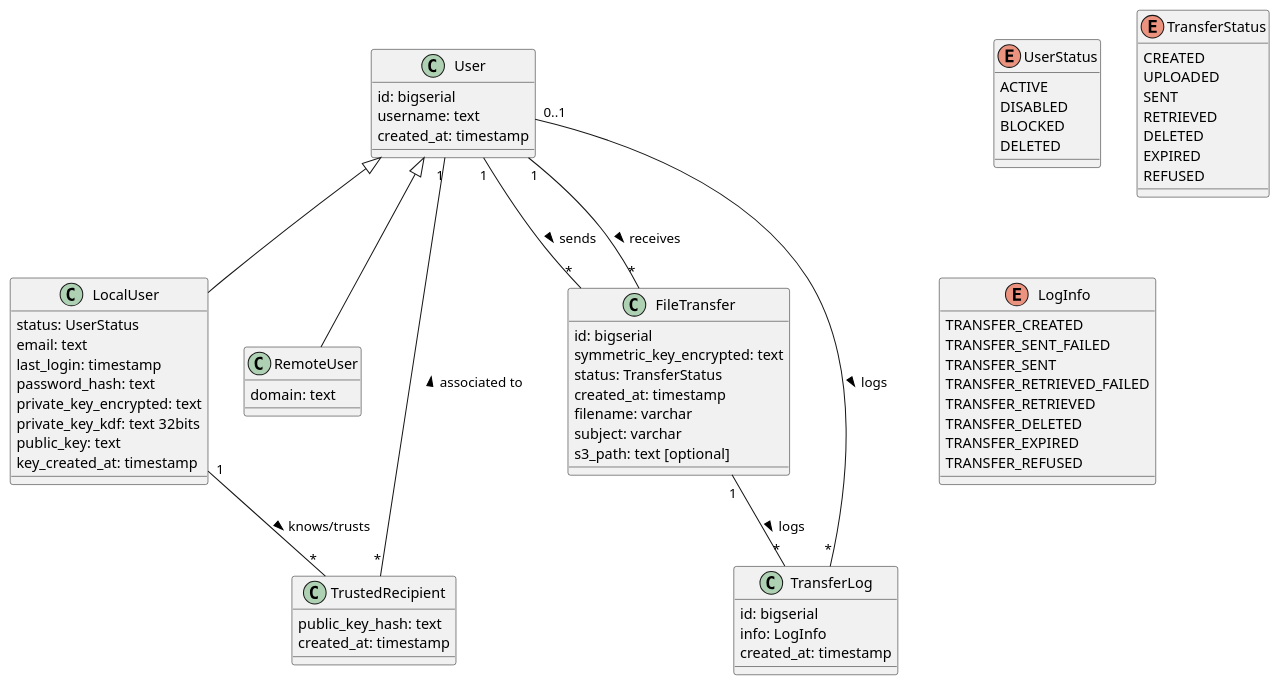
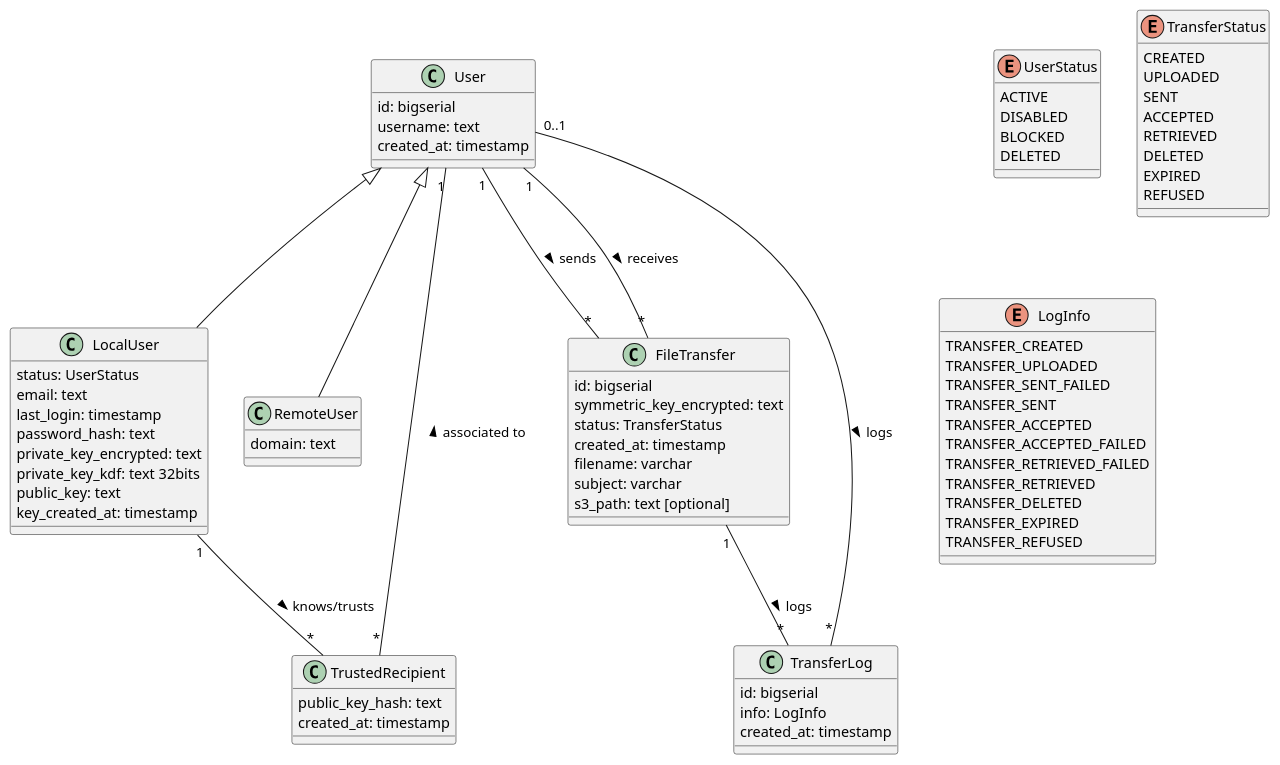
One commit to BananaTransfer/BananaTransfer changed the diagram in documents/umls/database_schema.puml. Above: the diagram before and after it, drawn with PlantUML. The commit also changed 13 other files, not shown here.

```diff
--- a/documents/umls/database_schema.puml
+++ b/documents/umls/database_schema.puml
@@ -1,85 +1,89 @@
 @startuml
 
 enum UserStatus {
     ACTIVE
     DISABLED
     BLOCKED
     DELETED
 }
 
 enum TransferStatus {
     CREATED
     UPLOADED
     SENT
+    ACCEPTED
     RETRIEVED
     DELETED
     EXPIRED
     REFUSED
 }
 
 enum LogInfo {
     TRANSFER_CREATED
+    TRANSFER_UPLOADED
     TRANSFER_SENT_FAILED
     TRANSFER_SENT
+    TRANSFER_ACCEPTED
+    TRANSFER_ACCEPTED_FAILED
     TRANSFER_RETRIEVED_FAILED
     TRANSFER_RETRIEVED
     TRANSFER_DELETED
     TRANSFER_EXPIRED
     TRANSFER_REFUSED
 }
 
 class User {
     id: bigserial
     username: text
     created_at: timestamp
 }
 
 class LocalUser {
     status: UserStatus
     email: text
     last_login: timestamp
     password_hash: text
     private_key_encrypted: text
     private_key_kdf: text 32bits
     public_key: text
     key_created_at: timestamp
 }
 
 class RemoteUser {
     domain: text
 }
 
 class FileTransfer {
     id: bigserial
     symmetric_key_encrypted: text
     status: TransferStatus
     created_at: timestamp
     filename: varchar
     subject: varchar
     s3_path: text [optional]
 }
 
 class TrustedRecipient {
     public_key_hash: text
     created_at: timestamp
 }
 
 class TransferLog {
     id: bigserial
     info: LogInfo
     created_at: timestamp
 }
 
 LocalUser -up-|> User
 RemoteUser -up-|> User
 
 User "1" -- "*" FileTransfer: sends >
 User "1" -- "*" FileTransfer: receives >
 
 LocalUser "1" -- "*" TrustedRecipient: knows/trusts >
 TrustedRecipient "*" -- "1" User: associated to >
 
 User "0..1" -- "*" TransferLog: logs >
 FileTransfer "1" -- "*" TransferLog: logs >
 
 @enduml
```
